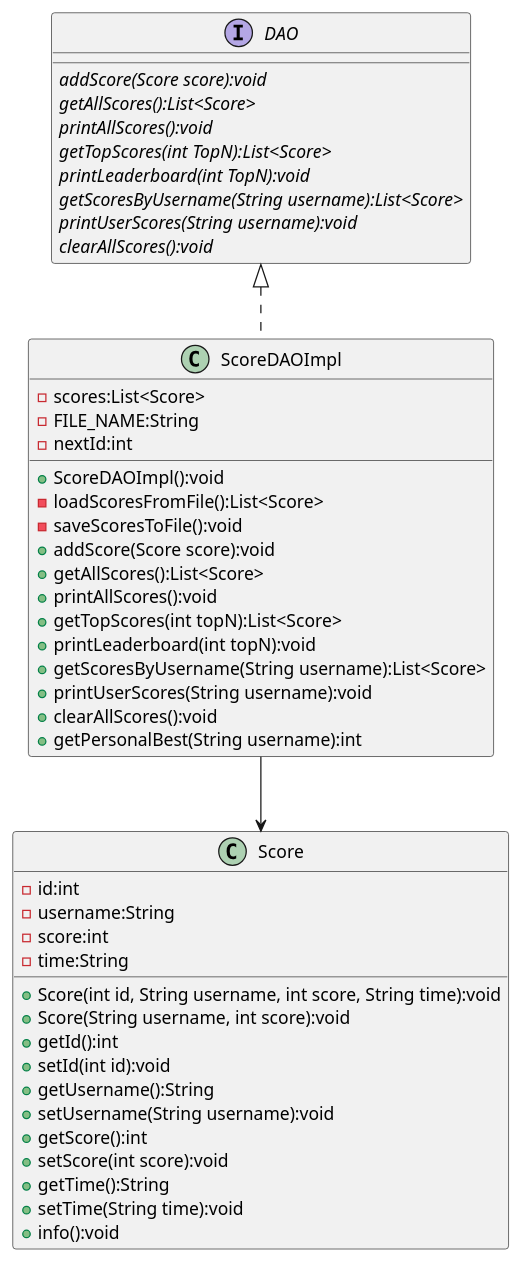
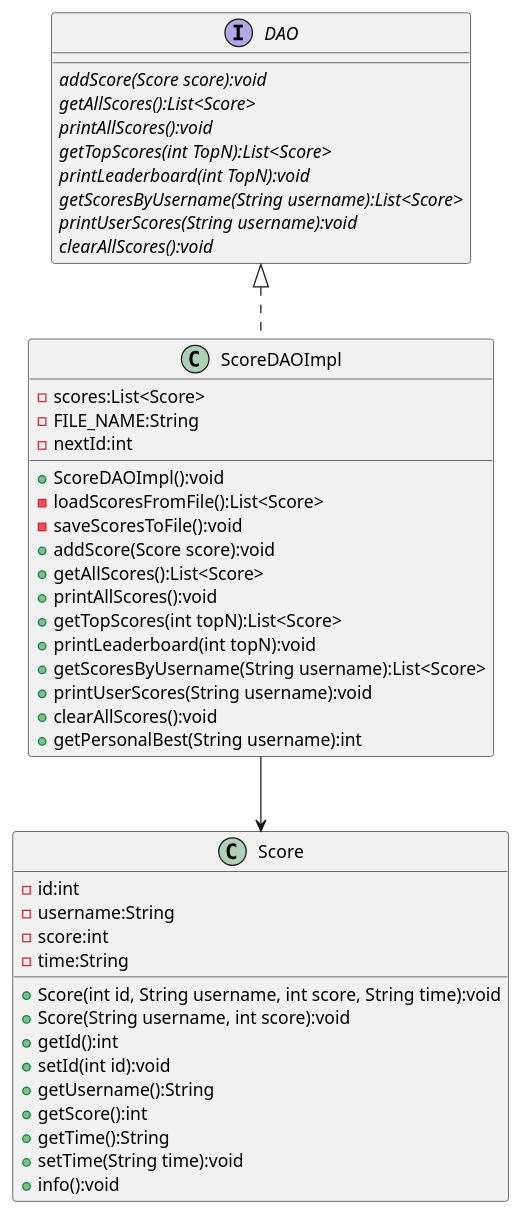
Before and after one commit to ZhouYuan307/AircraftWar: the diagram in uml/dao.puml, drawn with PlantUML. The commit also changed 16 other files, not shown here.

Commit message:
docs: update the uml image fix: fix some small bugs refactor: delete useless functions and codes

```diff
--- a/uml/dao.puml
+++ b/uml/dao.puml
@@ -1,52 +1,50 @@
 @startuml
 'https://plantuml.com/class-diagram
 interface DAO{
     {abstract}addScore(Score score):void
     {abstract}getAllScores():List<Score>
     {abstract}printAllScores():void
     {abstract}getTopScores(int TopN):List<Score>
     {abstract}printLeaderboard(int TopN):void
     {abstract}getScoresByUsername(String username):List<Score>
     {abstract}printUserScores(String username):void
     {abstract}clearAllScores():void
 }
 
 class ScoreDAOImpl{
     - scores:List<Score>
     - FILE_NAME:String
     - nextId:int
     + ScoreDAOImpl():void
     - loadScoresFromFile():List<Score>
     - saveScoresToFile():void
     + addScore(Score score):void
     + getAllScores():List<Score>
     + printAllScores():void
     + getTopScores(int topN):List<Score>
     + printLeaderboard(int topN):void
     + getScoresByUsername(String username):List<Score>
     + printUserScores(String username):void
     + clearAllScores():void
     + getPersonalBest(String username):int
 }
 
 class Score{
     - id:int
     - username:String
     - score:int
     - time:String
     + Score(int id, String username, int score, String time):void
     + Score(String username, int score):void
     + getId():int
     + setId(int id):void
     + getUsername():String
-    + setUsername(String username):void
     + getScore():int
-    + setScore(int score):void
     + getTime():String
     + setTime(String time):void
     + info():void
 }
 
 DAO <|.. ScoreDAOImpl
 ScoreDAOImpl --> Score
 @enduml
```
